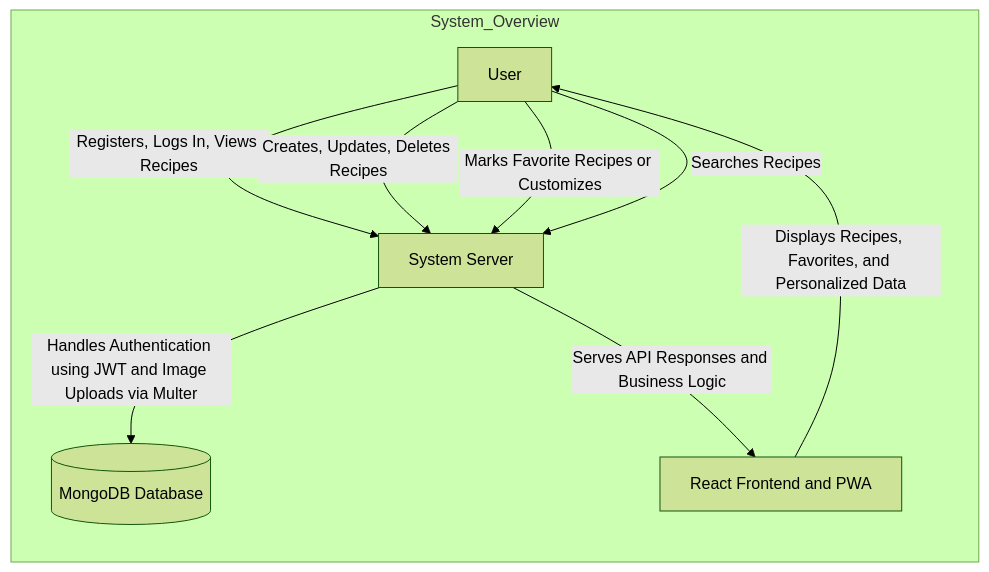
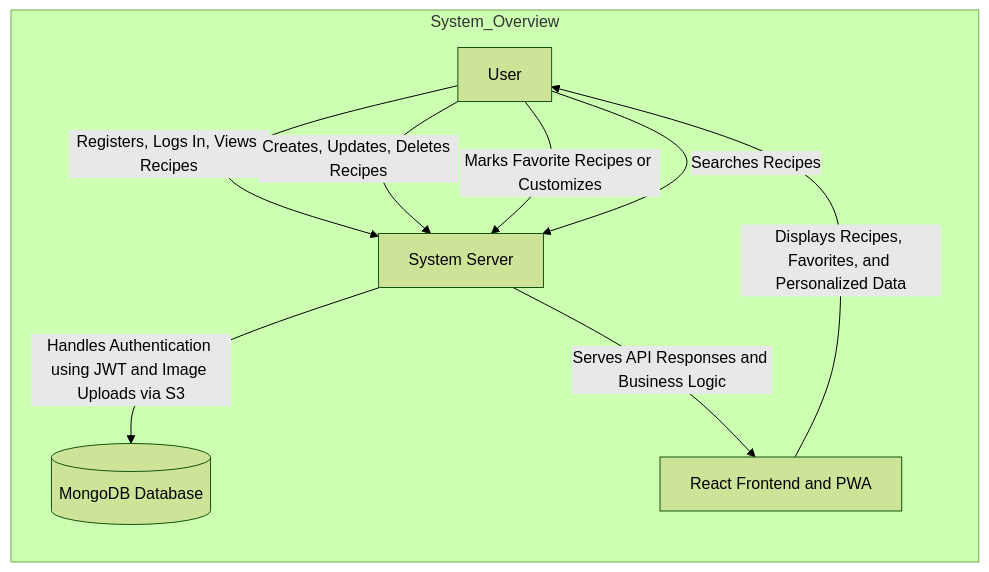
One commit to cia-GKMIT/Functional-Document-FoodRecipeWebApp changed the first of 2 diagrams in docs/functional_doc.md. Above: the diagram before and after it, drawn with Mermaid (forest theme). The commit also changed other lines of this file and 8 other files, not shown here.

````diff
--- a/docs/functional_doc.md
+++ b/docs/functional_doc.md
@@ -35,19 +35,19 @@
 ```mermaid
 flowchart LR
     A[User] -->|Registers, Logs In, Views Recipes| B[System Server]
     A -->|Creates, Updates, Deletes Recipes| B
     A -->|Marks Favorite Recipes or Customizes| B
     A -->|Searches Recipes| B
-    B -->|Handles Authentication using JWT and Image Uploads via Multer| C[(MongoDB Database)]
+    B -->|Handles Authentication using JWT and Image Uploads via S3| C[(MongoDB Database)]
     B -->|Serves API Responses and Business Logic| D[React Frontend and PWA]
     D -->|Displays Recipes, Favorites, and Personalized Data| A
 
     subgraph System_Overview
         A
         B
         C
         D
     end
 
 
 ```
````
